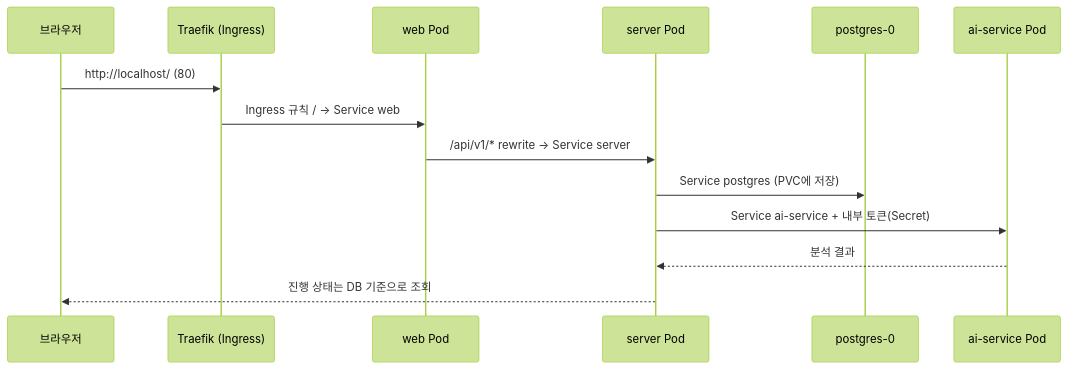
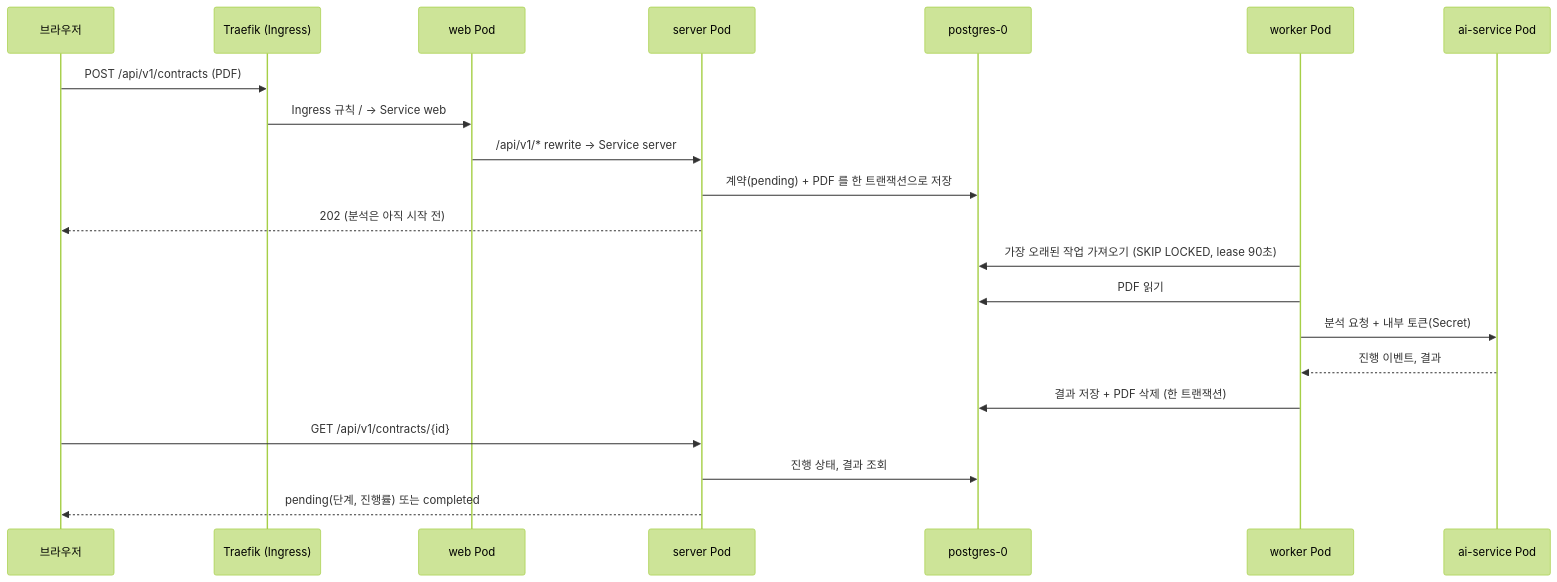
The third of 4 diagrams in deploy/ARCHITECTURE.md (CleanSign/cleansign), drawn with Mermaid (forest theme) before and after one commit. The commit also changed other lines of this file and 1 other file, not shown here.

First line of the commit message:
docs(deploy): describe the analysis queue and the worker

````diff
--- a/deploy/ARCHITECTURE.md
+++ b/deploy/ARCHITECTURE.md
@@ -65,16 +71,23 @@
 ```mermaid
 sequenceDiagram
     participant B as 브라우저
     participant T as Traefik (Ingress)
     participant W as web Pod
     participant S as server Pod
     participant P as postgres-0
+    participant K as worker Pod
     participant A as ai-service Pod
-    B->>T: http://localhost/ (80)
+    B->>T: POST /api/v1/contracts (PDF)
     T->>W: Ingress 규칙 / → Service web
     W->>S: /api/v1/* rewrite → Service server
-    S->>P: Service postgres (PVC에 저장)
-    S->>A: Service ai-service + 내부 토큰(Secret)
-    A-->>S: 분석 결과
-    S-->>B: 진행 상태는 DB 기준으로 조회
+    S->>P: 계약(pending) + PDF 를 한 트랜잭션으로 저장
+    S-->>B: 202 (분석은 아직 시작 전)
+    K->>P: 가장 오래된 작업 가져오기 (SKIP LOCKED, lease 90초)
+    K->>P: PDF 읽기
+    K->>A: 분석 요청 + 내부 토큰(Secret)
+    A-->>K: 진행 이벤트, 결과
+    K->>P: 결과 저장 + PDF 삭제 (한 트랜잭션)
+    B->>S: GET /api/v1/contracts/{id}
+    S->>P: 진행 상태, 결과 조회
+    S-->>B: pending(단계, 진행률) 또는 completed
 ```
````
